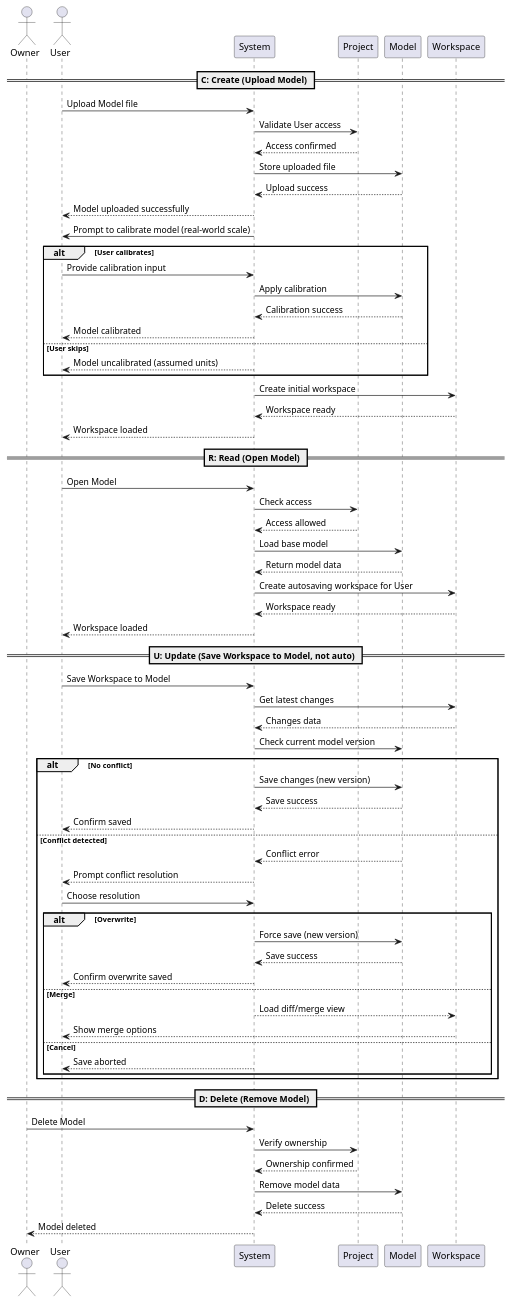
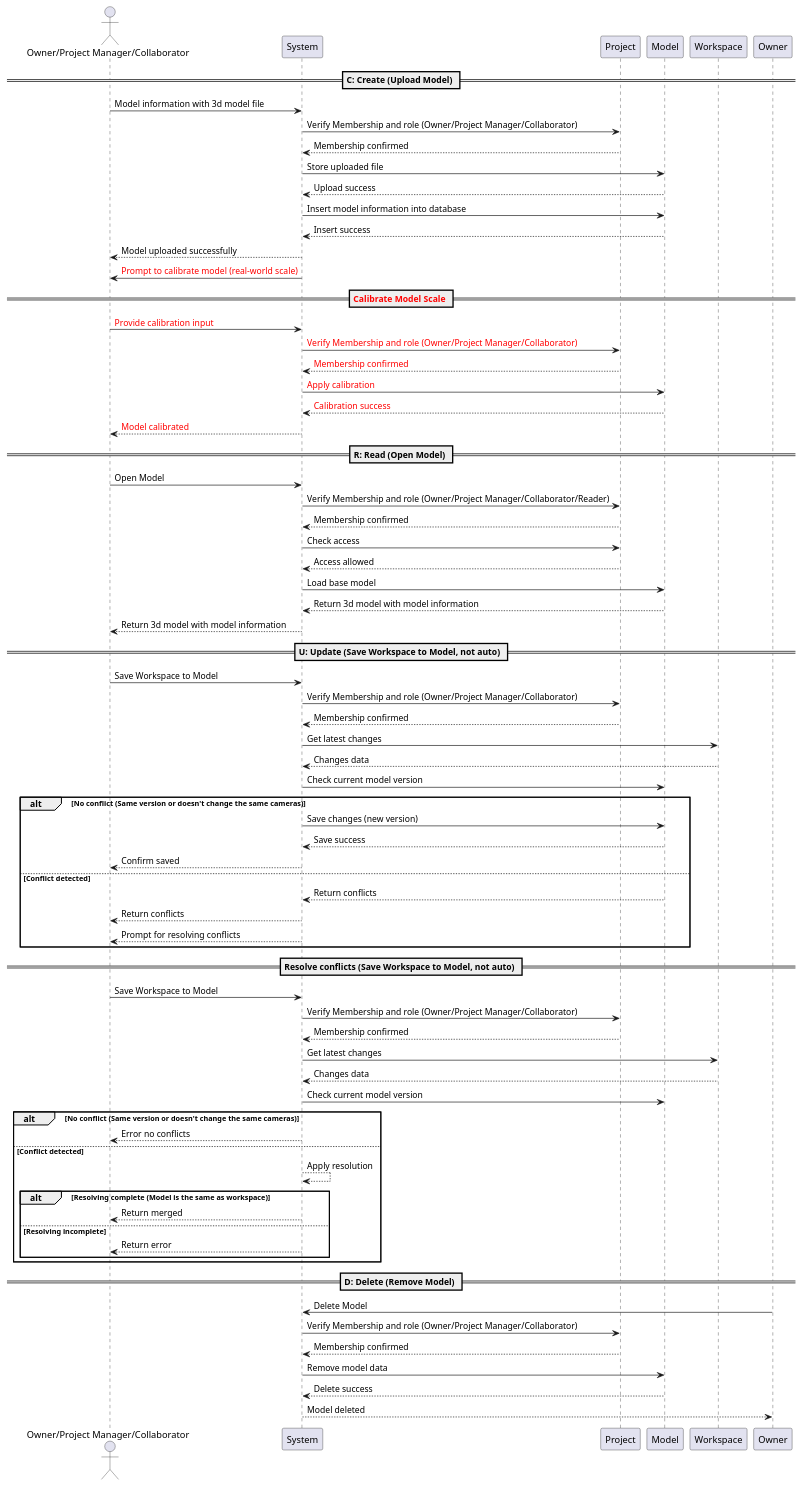
Before and after one commit to Ministry-of-Learning-of-Jura-Kites/OmniCam: the diagram in docs/diagrams/sequences/model_sequence.puml, drawn with PlantUML. The commit also changed 5 other files, not shown here.

Commit message:
update diagrams

```diff
--- a/docs/diagrams/sequences/model_sequence.puml
+++ b/docs/diagrams/sequences/model_sequence.puml
@@ -1,74 +1,81 @@
-@startuml model_crud_sequence
-actor Owner
-actor User
+@startuml OmniCam Model Sequence
+actor "Owner/Project Manager/Collaborator" as User
 participant System
 participant Project
 participant Model
 participant Workspace
 
 == C: Create (Upload Model) ==
-User -> System: Upload Model file
-System -> Project: Validate User access
-Project --> System: Access confirmed
+User -> System: Model information with 3d model file
+System -> Project: Verify Membership and role (Owner/Project Manager/Collaborator)
+Project --> System: Membership confirmed
 System -> Model: Store uploaded file
 Model --> System: Upload success
+System -> Model: Insert model information into database
+Model --> System: Insert success
 System --> User: Model uploaded successfully
 
-System -> User: Prompt to calibrate model (real-world scale)
-alt User calibrates
-    User -> System: Provide calibration input
-    System -> Model: Apply calibration
-    Model --> System: Calibration success
-    System --> User: Model calibrated
-else User skips
-    System --> User: Model uncalibrated (assumed units)
-end
+System -> User: <color:red>Prompt to calibrate model (real-world scale)</color>
 
-System -> Workspace: Create initial workspace
-Workspace --> System: Workspace ready
-System --> User: Workspace loaded
+== <color:red>Calibrate Model Scale</color> ==
+User -> System: <color:red>Provide calibration input</color>
+System -> Project: <color:red>Verify Membership and role (Owner/Project Manager/Collaborator)</color>
+Project --> System: <color:red>Membership confirmed</color>
+System -> Model: <color:red>Apply calibration</color>
+Model --> System: <color:red>Calibration success</color>
+System --> User: <color:red>Model calibrated</color>
 
 == R: Read (Open Model) ==
 User -> System: Open Model
+System -> Project: Verify Membership and role (Owner/Project Manager/Collaborator/Reader)
+Project --> System: Membership confirmed
 System -> Project: Check access
 Project --> System: Access allowed
 System -> Model: Load base model
-Model --> System: Return model data
-System -> Workspace: Create autosaving workspace for User
-Workspace --> System: Workspace ready
-System --> User: Workspace loaded
+Model --> System: Return 3d model with model information
+System --> User: Return 3d model with model information
 
 == U: Update (Save Workspace to Model, not auto) ==
 User -> System: Save Workspace to Model
+System -> Project: Verify Membership and role (Owner/Project Manager/Collaborator)
+Project --> System: Membership confirmed
 System -> Workspace: Get latest changes
 Workspace --> System: Changes data
 System -> Model: Check current model version
-alt No conflict
+alt No conflict (Same version or doesn't change the same cameras)
     System -> Model: Save changes (new version)
     Model --> System: Save success
     System --> User: Confirm saved
 else Conflict detected
-    Model --> System: Conflict error
-    System --> User: Prompt conflict resolution
-    User -> System: Choose resolution
-    alt Overwrite
-        System -> Model: Force save (new version)
-        Model --> System: Save success
-        System --> User: Confirm overwrite saved
-    else Merge
-        System --> Workspace: Load diff/merge view
-        Workspace --> User: Show merge options
-    else Cancel
-        System --> User: Save aborted
+    Model --> System: Return conflicts
+    System --> User: Return conflicts
+    System --> User: Prompt for resolving conflicts
+end
+
+== Resolve conflicts (Save Workspace to Model, not auto) ==
+User -> System: Save Workspace to Model
+System -> Project: Verify Membership and role (Owner/Project Manager/Collaborator)
+Project --> System: Membership confirmed
+System -> Workspace: Get latest changes
+Workspace --> System: Changes data
+System -> Model: Check current model version
+alt No conflict (Same version or doesn't change the same cameras)
+    System --> User: Error no conflicts
+else Conflict detected
+    System --> System: Apply resolution
+    alt Resolving complete (Model is the same as workspace)
+        System --> User: Return merged
+    else Resolving incomplete
+        System --> User: Return error
     end
 end
 
 == D: Delete (Remove Model) ==
 Owner -> System: Delete Model
-System -> Project: Verify ownership
-Project --> System: Ownership confirmed
+System -> Project: Verify Membership and role (Owner/Project Manager/Collaborator)
+Project --> System: Membership confirmed
 System -> Model: Remove model data
 Model --> System: Delete success
 System --> Owner: Model deleted
 
 @enduml
```
